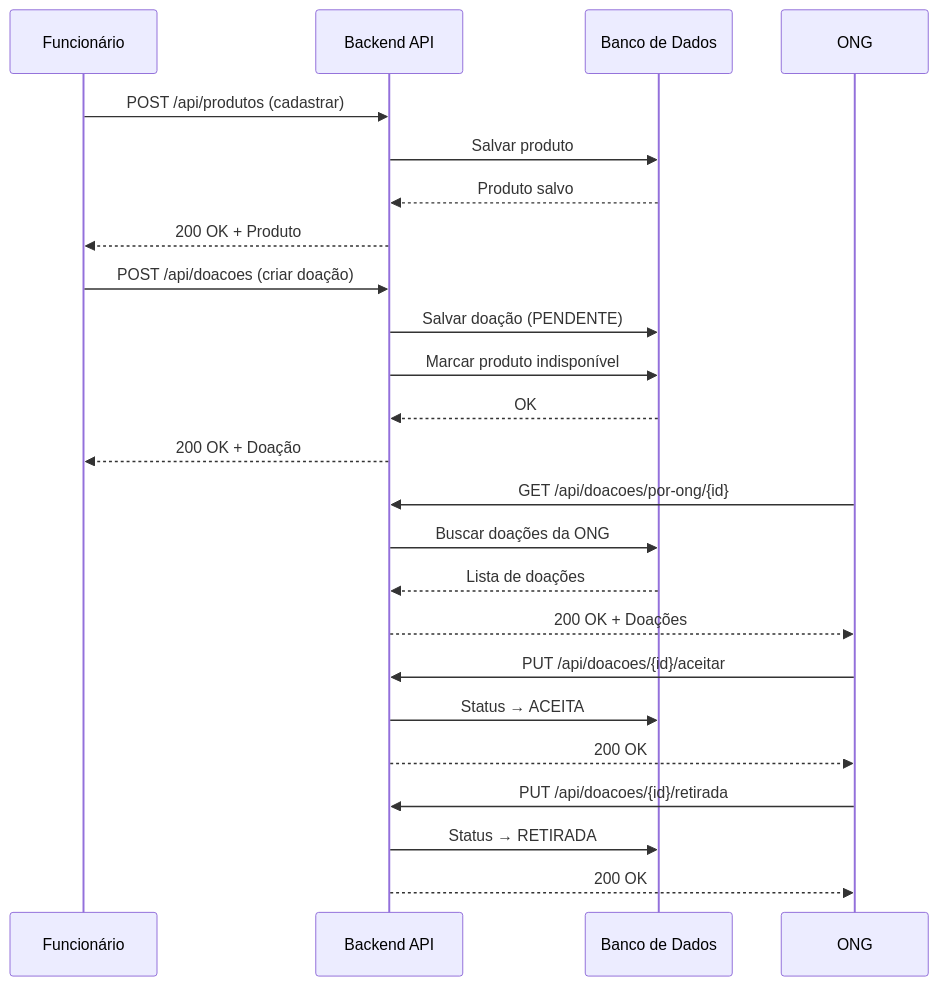
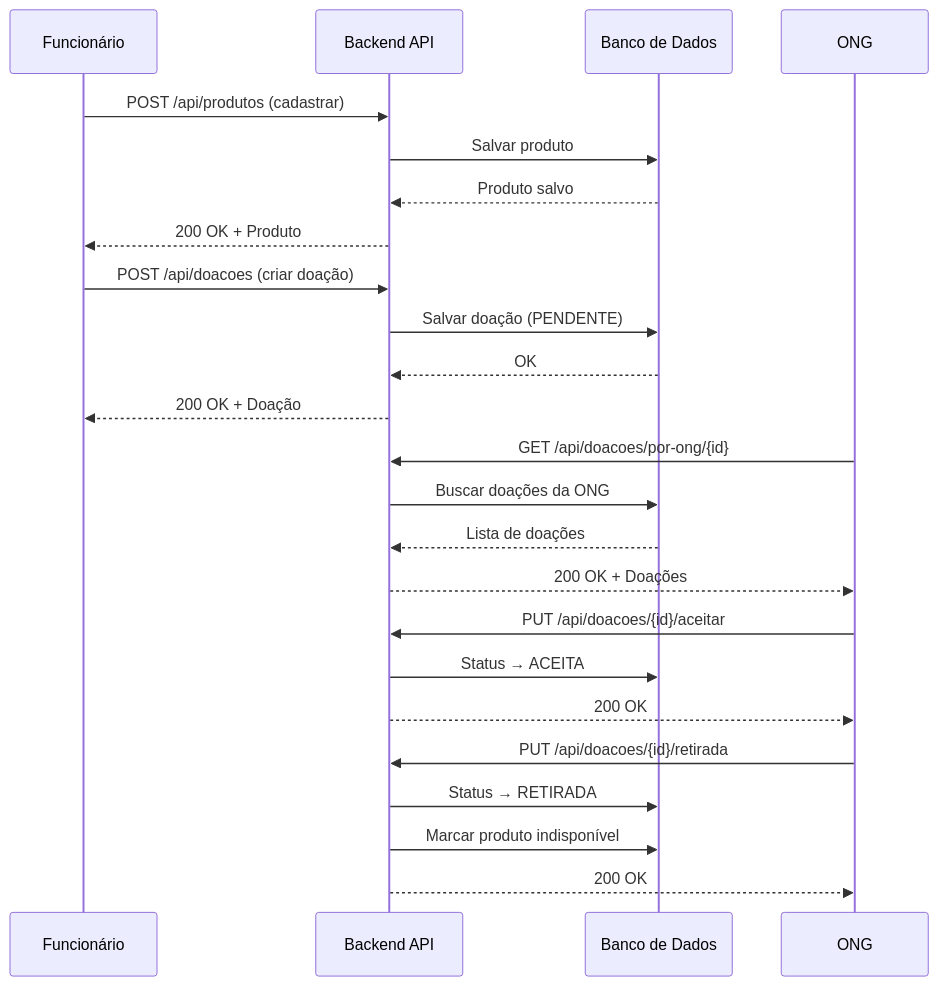
Before and after one commit to mariacatmiau/Lab_Eng_Software: the sixth of 6 diagrams in README.md, drawn with Mermaid. The commit also changed other lines of this file and 21 other files, not shown here.

````diff
--- a/README.md
+++ b/README.md
@@ -319,31 +320,31 @@
 ```mermaid
 sequenceDiagram
     participant F as Funcionário
     participant API as Backend API
     participant DB as Banco de Dados
     participant O as ONG
 
     F->>API: POST /api/produtos (cadastrar)
     API->>DB: Salvar produto
     DB-->>API: Produto salvo
     API-->>F: 200 OK + Produto
 
     F->>API: POST /api/doacoes (criar doação)
     API->>DB: Salvar doação (PENDENTE)
-    API->>DB: Marcar produto indisponível
     DB-->>API: OK
     API-->>F: 200 OK + Doação
 
     O->>API: GET /api/doacoes/por-ong/{id}
     API->>DB: Buscar doações da ONG
     DB-->>API: Lista de doações
     API-->>O: 200 OK + Doações
 
     O->>API: PUT /api/doacoes/{id}/aceitar
     API->>DB: Status → ACEITA
     API-->>O: 200 OK
 
     O->>API: PUT /api/doacoes/{id}/retirada
     API->>DB: Status → RETIRADA
+    API->>DB: Marcar produto indisponível
     API-->>O: 200 OK
 ```
````
